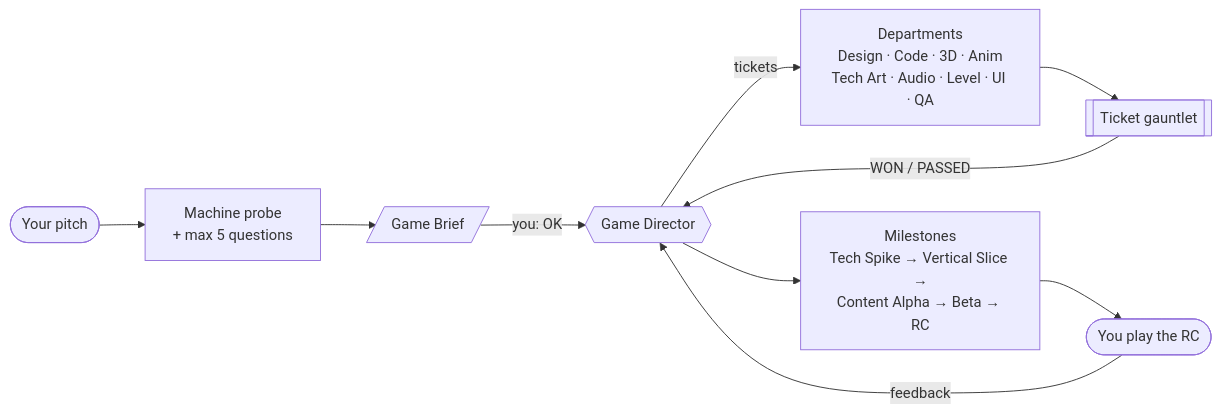
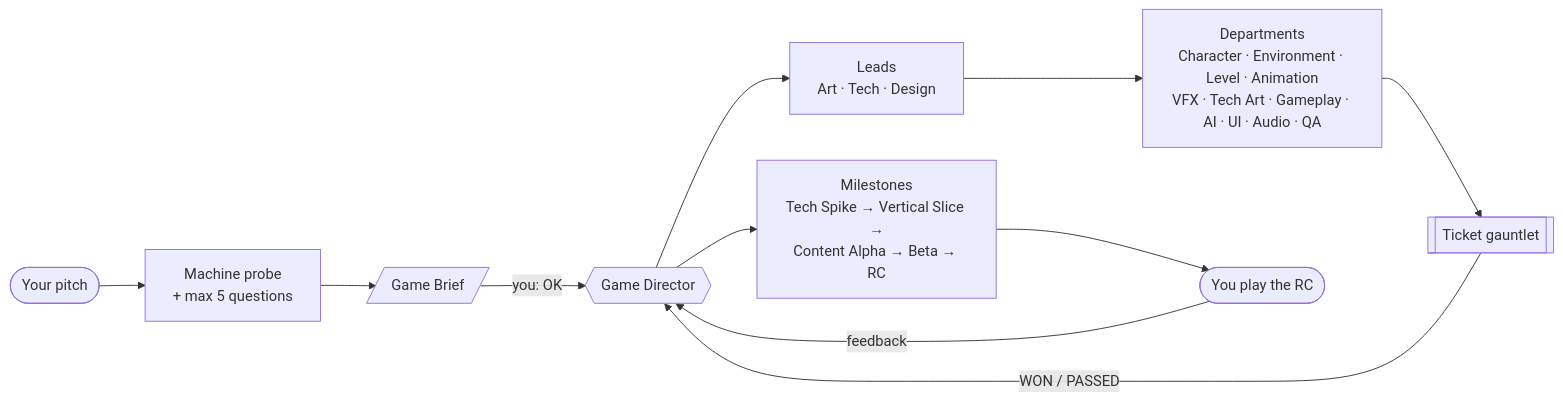
The first of 2 diagrams in README.md (Cosmic-Game-studios/gauntlet-loop), drawn with Mermaid before and after one commit. The commit also changed other lines of this file and 113 other files, not shown here.

````diff
--- a/README.md
+++ b/README.md
@@ -86,12 +87,13 @@
 ```mermaid
 flowchart LR
     P([Your pitch]) --> Q[Machine probe<br/>+ max 5 questions]
     Q --> B[/Game Brief/]
     B -->|you: OK| D{{Game Director}}
-    D -->|tickets| DEP[Departments<br/>Design · Code · 3D · Anim<br/>Tech Art · Audio · Level · UI · QA]
+    D --> L[Leads<br/>Art · Tech · Design]
+    L --> DEP[Departments<br/>Character · Environment · Level · Animation<br/>VFX · Tech Art · Gameplay · AI · UI · Audio · QA]
     DEP --> G[[Ticket gauntlet]]
     G -->|WON / PASSED| D
     D --> M[Milestones<br/>Tech Spike → Vertical Slice →<br/>Content Alpha → Beta → RC]
     M --> H([You play the RC])
     H -->|feedback| D
 ```
````
